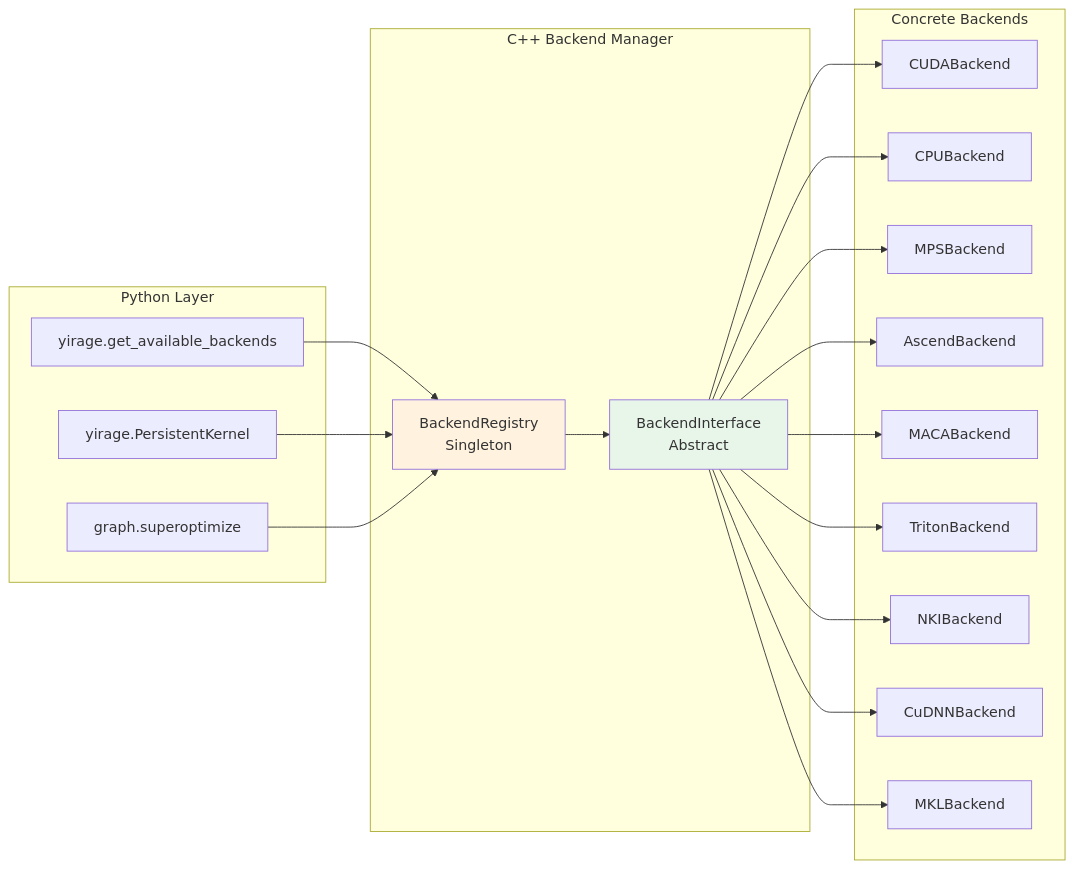
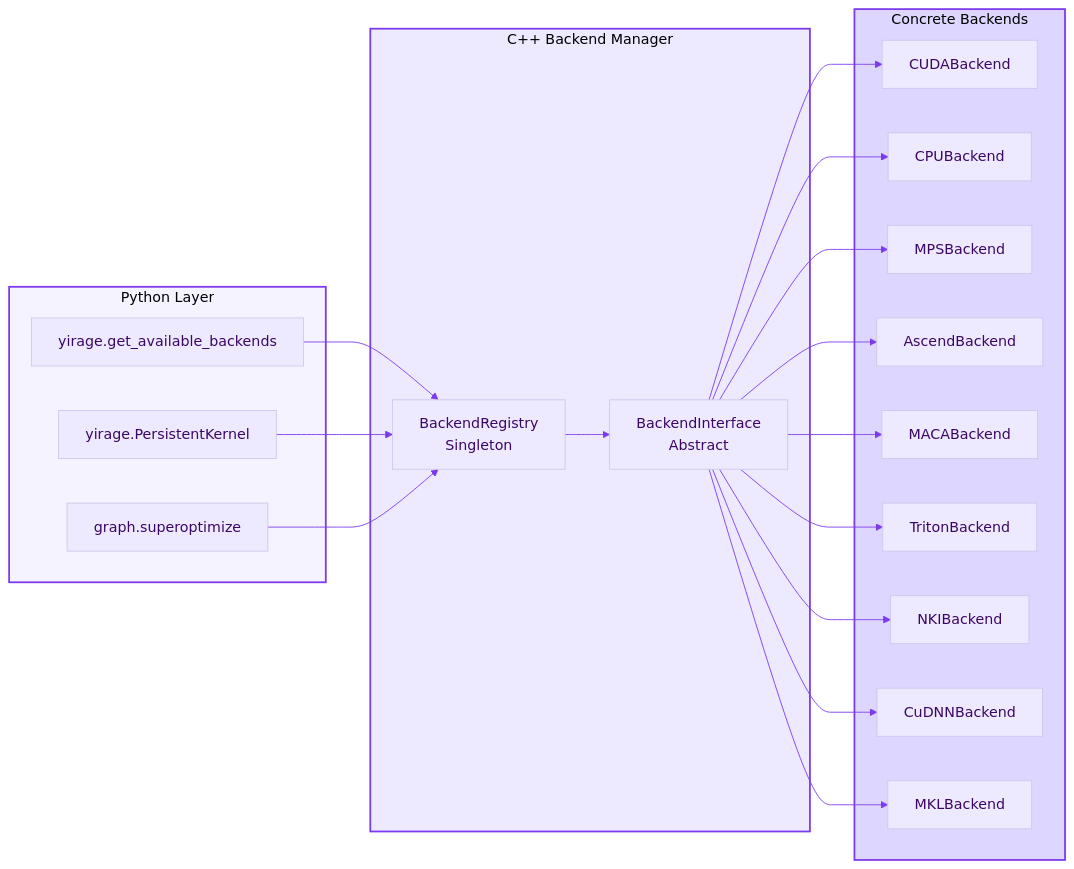
Before and after one commit to chenxingqiang/YiRage: the second of 13 diagrams in docs/architecture.md, drawn with Mermaid. The commit also changed other lines of this file and 9 other files, not shown here.

First line of the commit message:
style: unify Mermaid diagrams to minimal purple theme

````diff
--- a/docs/architecture.md
+++ b/docs/architecture.md
@@ -54,34 +56,36 @@
 ```mermaid
+%%{init: {'theme': 'base', 'themeVariables': { 'primaryColor': '#ede9fe', 'primaryTextColor': '#3b0764', 'lineColor': '#7c3aed'}}}%%
 graph LR
-    subgraph "Python Layer"
+    subgraph PY["Python Layer"]
         A[yirage.get_available_backends]
         B[yirage.PersistentKernel]
         C[graph.superoptimize]
     end
 
-    subgraph "C++ Backend Manager"
+    subgraph CPP["C++ Backend Manager"]
         D[BackendRegistry<br/>Singleton]
         E[BackendInterface<br/>Abstract]
     end
 
-    subgraph "Concrete Backends"
+    subgraph IMPL["Concrete Backends"]
         F[CUDABackend]
         G[CPUBackend]
         H[MPSBackend]
         I[AscendBackend]
         J[MACABackend]
         K[TritonBackend]
         L[NKIBackend]
         M[CuDNNBackend]
         N[MKLBackend]
     end
 
     A --> D
     B --> D
     C --> D
     D --> E
     E --> F & G & H & I & J & K & L & M & N
 
-    style D fill:#fff3e0
-    style E fill:#e8f5e9
+    style PY fill:#f5f3ff,stroke:#7c3aed,stroke-width:2px
+    style CPP fill:#ede9fe,stroke:#7c3aed,stroke-width:2px
+    style IMPL fill:#ddd6fe,stroke:#7c3aed,stroke-width:2px
 ```
````
